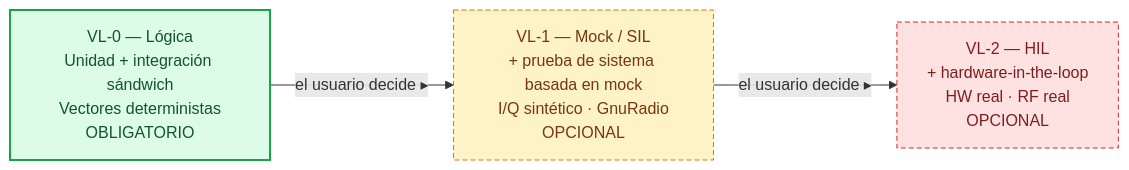
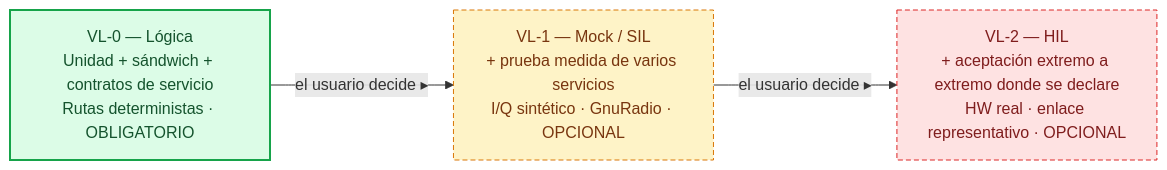
Before and after one commit to dramirezbe/codeanvil-gcpds: the ninth of 11 diagrams in methodology/V-SIL-v3/V-SIL_v3-spa.md, drawn with Mermaid. The commit also changed other lines of this file and 3 other files, not shown here.

````diff
--- a/methodology/V-SIL-v3/V-SIL_v3-spa.md
+++ b/methodology/V-SIL-v3/V-SIL_v3-spa.md
@@ -276,12 +315,12 @@
 ```mermaid
 flowchart LR
     classDef mandatory fill:#dcfce7,stroke:#16a34a,color:#14532d,stroke-width:2px
     classDef optional fill:#fef3c7,stroke:#d97706,color:#78350f,stroke-dasharray:5 3
     classDef hil fill:#fee2e2,stroke:#dc2626,color:#7f1d1d,stroke-dasharray:5 3
 
-    VL0["VL-0 — Lógica<br/>Unidad + integración sándwich<br/>Vectores deterministas<br/>OBLIGATORIO"]:::mandatory
-    VL1["VL-1 — Mock / SIL<br/>+ prueba de sistema basada en mock<br/>I/Q sintético · GnuRadio<br/>OPCIONAL"]:::optional
-    VL2["VL-2 — HIL<br/>+ hardware-in-the-loop<br/>HW real · RF real<br/>OPCIONAL"]:::hil
+    VL0["VL-0 — Lógica<br/>Unidad + sándwich + contratos de servicio<br/>Rutas deterministas · OBLIGATORIO"]:::mandatory
+    VL1["VL-1 — Mock / SIL<br/>+ prueba medida de varios servicios<br/>I/Q sintético · GnuRadio · OPCIONAL"]:::optional
+    VL2["VL-2 — HIL<br/>+ aceptación extremo a extremo donde se declare<br/>HW real · enlace representativo · OPCIONAL"]:::hil
 
     VL0 -->|"el usuario decide ▸"| VL1 -->|"el usuario decide ▸"| VL2
 ```
````
